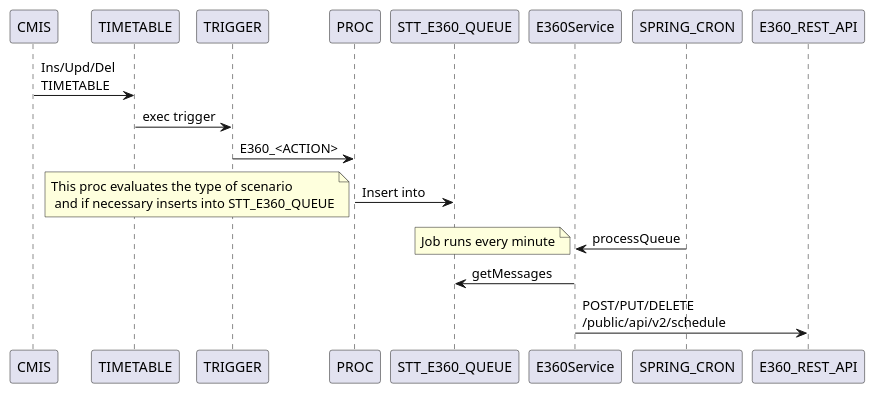
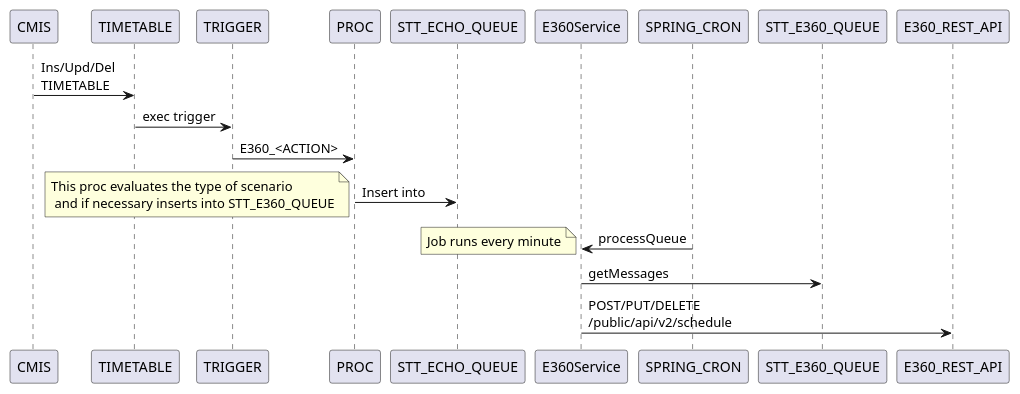
Before and after one commit to ororker/cmis-e360: the diagram in img/seq.puml, drawn with PlantUML. The commit also changed 2 other files, not shown here.

```diff
--- a/img/seq.puml
+++ b/img/seq.puml
@@ -1,12 +1,12 @@
 @startuml
 CMIS -> TIMETABLE: Ins/Upd/Del \nTIMETABLE
 TIMETABLE -> TRIGGER: exec trigger
 TRIGGER -> PROC: E360_<ACTION>
-PROC -> STT_E360_QUEUE: Insert into
+PROC -> STT_ECHO_QUEUE: Insert into
 note left: This proc evaluates the type of scenario\n and if necessary inserts into STT_E360_QUEUE
 
 E360Service<-SPRING_CRON  : processQueue
 note left: Job runs every minute
 E360Service -> STT_E360_QUEUE: getMessages
 E360Service -> E360_REST_API: POST/PUT/DELETE \n/public/api/v2/schedule
 @enduml
```
